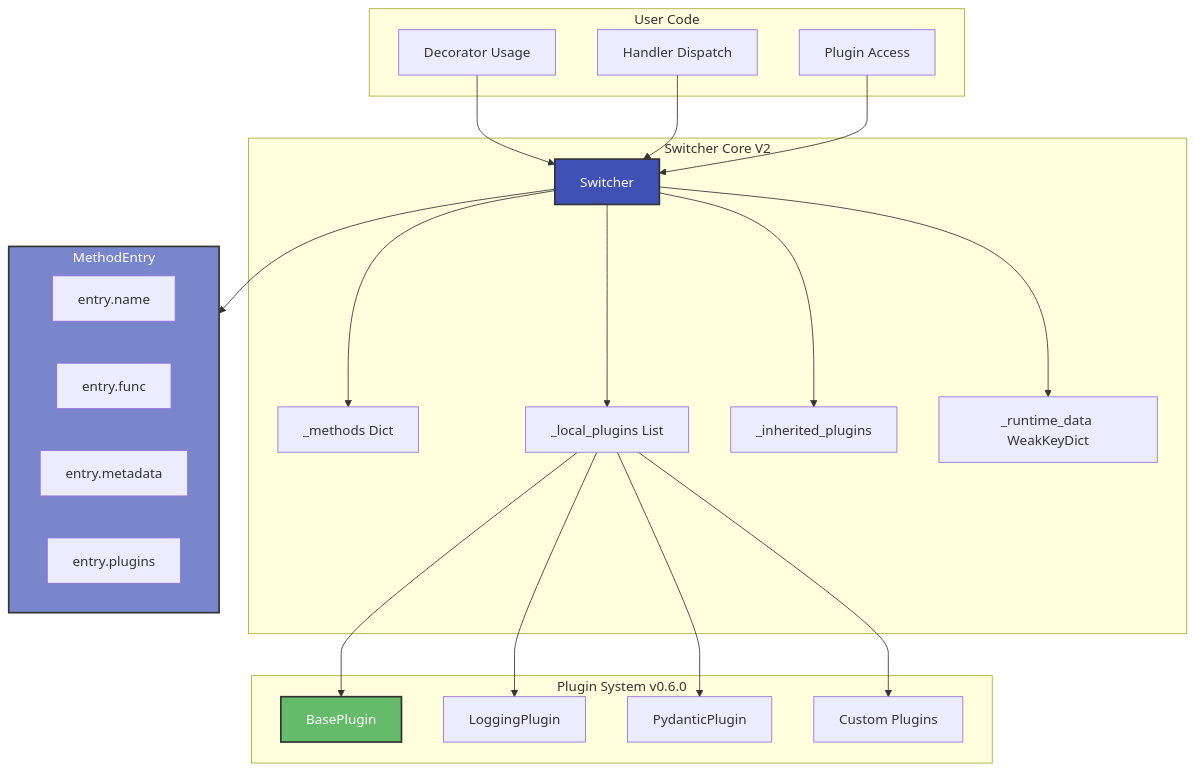
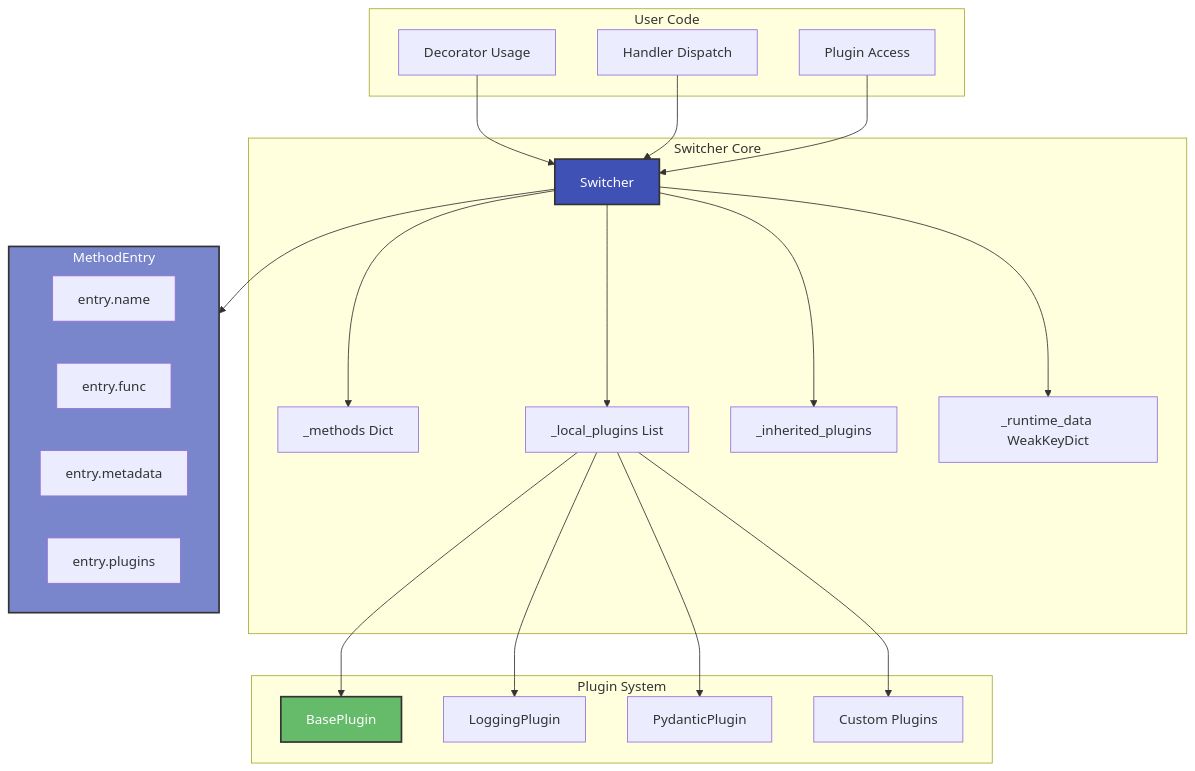
One commit to genropy/smartswitch changed the first of 5 diagrams in docs/appendix/architecture.md. Above: the diagram before and after it, drawn with Mermaid. The commit also changed other lines of this file and 5 other files, not shown here.

````diff
--- a/docs/appendix/architecture.md
+++ b/docs/appendix/architecture.md
@@ -9,47 +9,47 @@
 ```mermaid
 graph TB
     subgraph UserCode[User Code]
         U1[Decorator Usage]
         U2[Handler Dispatch]
         U3[Plugin Access]
     end
 
-    subgraph SwitcherCore[Switcher Core V2]
+    subgraph SwitcherCore[Switcher Core]
         SW[Switcher]
         ME[_methods Dict]
         PL[_local_plugins List]
         IP[_inherited_plugins]
         RD[_runtime_data WeakKeyDict]
     end
 
-    subgraph PluginSystem[Plugin System v0.6.0]
+    subgraph PluginSystem[Plugin System]
         BP[BasePlugin]
         LP[LoggingPlugin]
         PP[PydanticPlugin]
         CP[Custom Plugins]
     end
 
     subgraph MethodEntry[MethodEntry]
         EN[entry.name]
         EF[entry.func]
         EM[entry.metadata]
         EP[entry.plugins]
     end
 
     U1 --> SW
     U2 --> SW
     U3 --> SW
     SW --> ME
     SW --> PL
     SW --> IP
     SW --> RD
     SW --> MethodEntry
     PL --> BP
     PL --> LP
     PL --> PP
     PL --> CP
 
     style SW fill:#4051b5,stroke:#333,stroke-width:2px,color:#fff
     style MethodEntry fill:#7986cb,stroke:#333,stroke-width:2px,color:#fff
     style BP fill:#66bb6a,stroke:#333,stroke-width:2px,color:#fff
 ```
````
